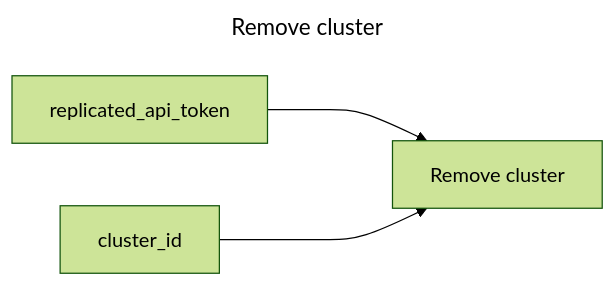
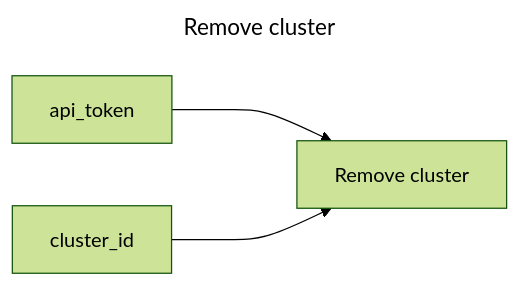
Before and after one commit to replicatedhq/replicated-actions: the diagram in remove-cluster/README.md, drawn with Mermaid (forest theme). The commit also changed other lines of this file and 40 other files, not shown here.

Commit message:
Renaming replicated-api-token to api-token

````diff
--- a/remove-cluster/README.md
+++ b/remove-cluster/README.md
@@ -3,9 +3,9 @@
 ```mermaid
 ---
 title: Remove cluster
 ---
 graph LR
 remove_cluster["Remove cluster"]
-replicated_api_token ---> remove_cluster
+api_token ---> remove_cluster
 cluster_id ---> remove_cluster
 ```
````
